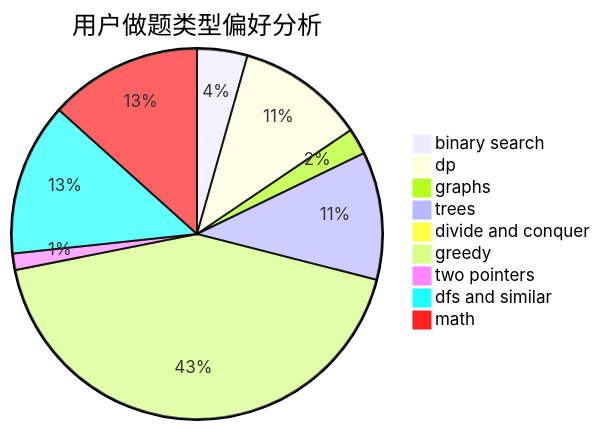
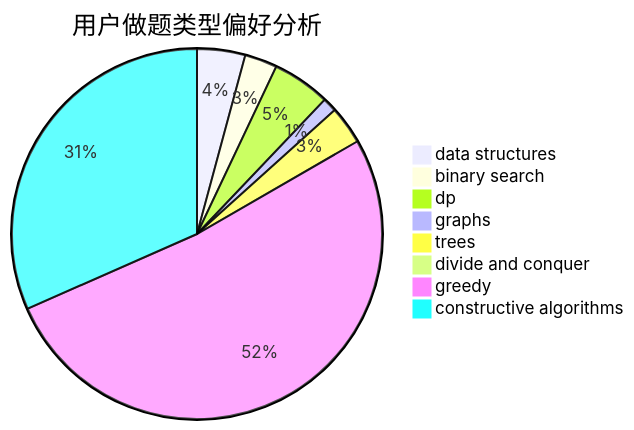
Before and after one commit to sherpahu/cfrs.github.io: the second of 3 diagrams in docs/user/u2553.md, drawn with Mermaid. The commit also changed other lines of this file and 2775 other files, not shown here.

````diff
--- a/docs/user/u2553.md
+++ b/docs/user/u2553.md
@@ -23,12 +23,11 @@
 ```mermaid
 pie title 用户做题类型偏好分析
-    "binary search" :  52
-    "dp" :  132
-    "graphs" :  27
-    "trees" :  132
-    "divide and conquer" :  9
-    "greedy" :  508
-    "two pointers" :  17
-    "dfs and similar" :  158
-    "math" :  158
+    "data structures" :  34
+    "binary search" :  23
+    "dp" :  41
+    "graphs" :  10
+    "trees" :  27
+    "divide and conquer" :  3
+    "greedy" :  419
+    "constructive algorithms" :  256
 ```
````
